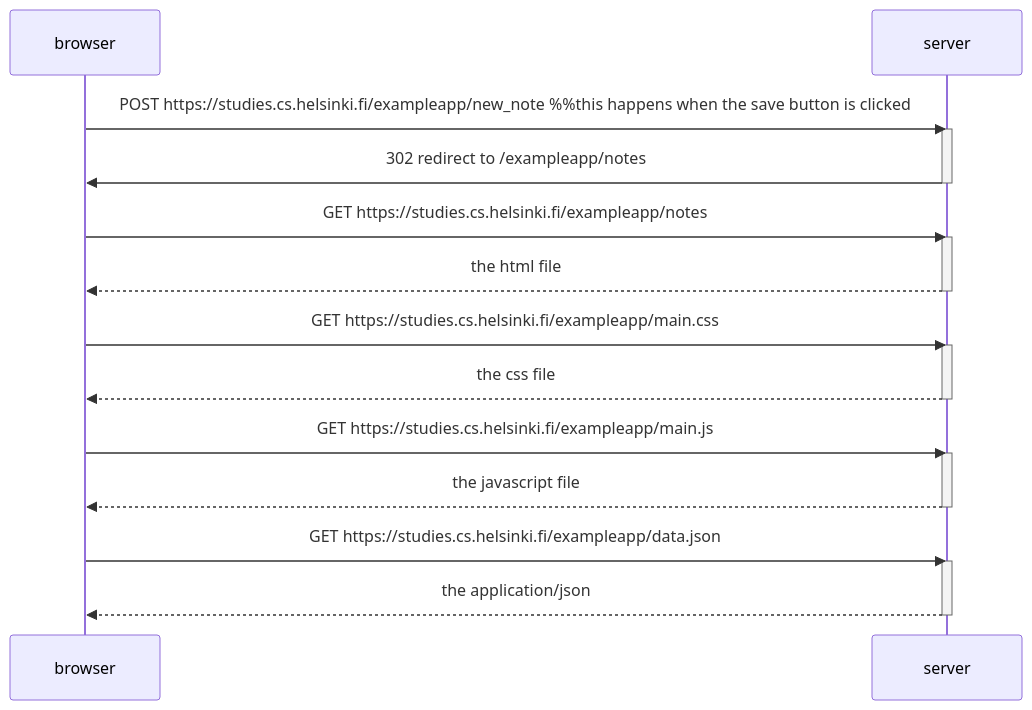
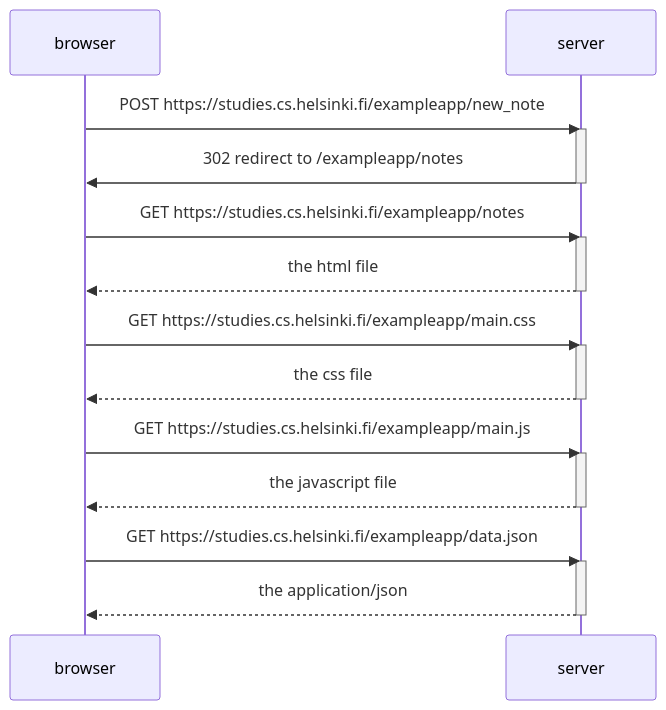
One commit to Elshadayyyyy/fullstackopen changed the diagram in mermaidDiagram04.md. Above: the diagram before and after it, drawn with Mermaid.

````diff
--- a/mermaidDiagram04.md
+++ b/mermaidDiagram04.md
@@ -1,33 +1,34 @@
 ```mermaid
 sequenceDiagram
 participant browser 
 participant server
 
-browser->>server: POST https://studies.cs.helsinki.fi/exampleapp/new_note %%this happens when the save button is clicked
+ %%this happens when the save button is clicked
+browser->>server: POST https://studies.cs.helsinki.fi/exampleapp/new_note
 activate server
 server->>browser: 302 redirect to /exampleapp/notes
 deactivate server
 
 %%after the redirect the browser requests the note.html file and the server provides 
 browser->>server: GET https://studies.cs.helsinki.fi/exampleapp/notes
 activate server
 server-->>browser: the html file
 deactivate server
 
 %%after that the browser requests the main.css file and the server provides 
 browser->>server: GET https://studies.cs.helsinki.fi/exampleapp/main.css
 activate server
 server-->>browser: the css file
 deactivate server
 
 %%after that the browser requests the main.js file and the server provides 
 browser->>server: GET https://studies.cs.helsinki.fi/exampleapp/main.js
 activate server
 server-->>browser: the javascript file
 deactivate server
 %% after that the browser requests the data.json file and the server provides 
 browser->>server: GET https://studies.cs.helsinki.fi/exampleapp/data.json
 activate server
 server-->>browser: the application/json 
 deactivate server
 ```
````
